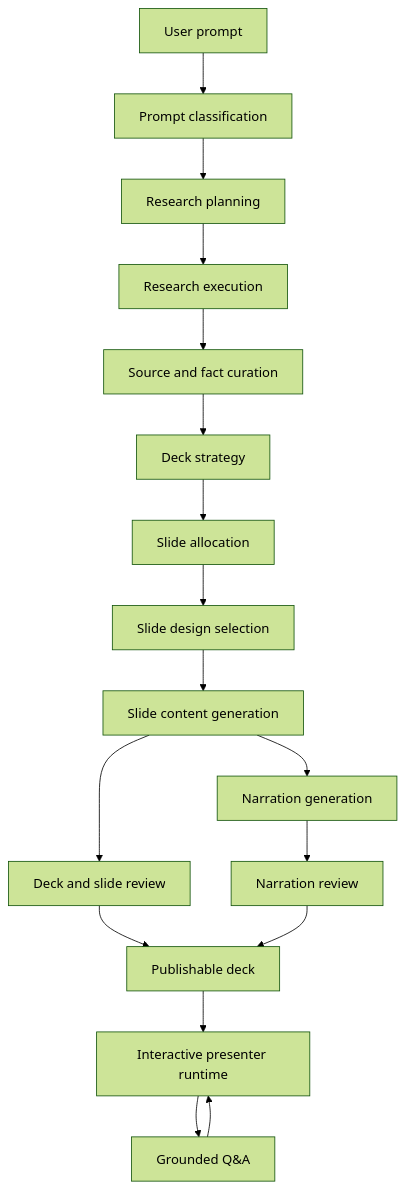
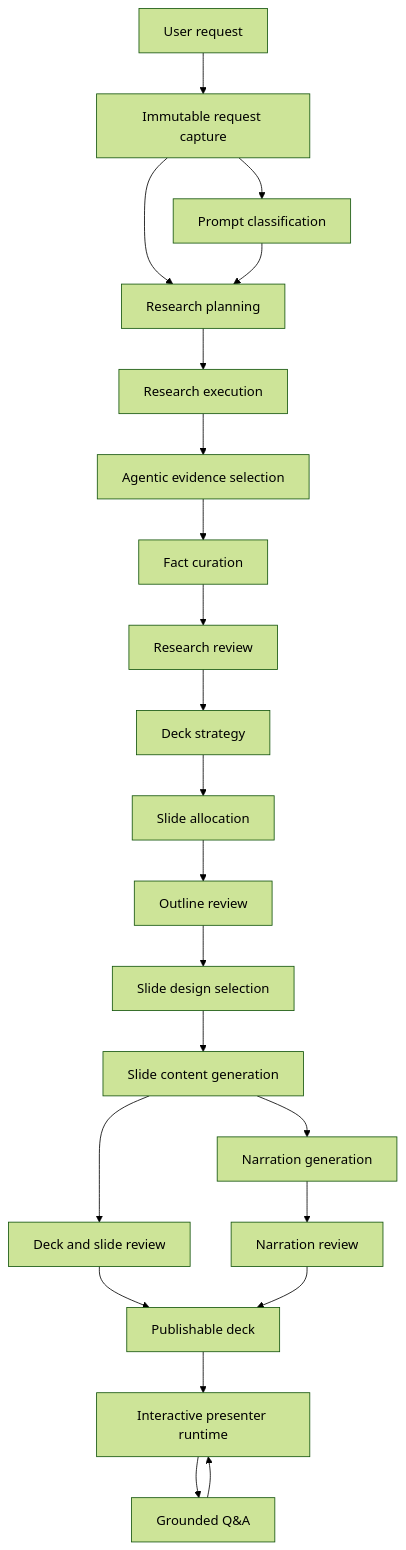
The diagram in docs/generation-pipeline-v2.md (Jawbreaker1/slidespeech), drawn with Mermaid (forest theme) before and after one commit. The commit also changed other lines of this file and 197 other files, not shown here.

````diff
--- a/docs/generation-pipeline-v2.md
+++ b/docs/generation-pipeline-v2.md
@@ -127,19 +301,24 @@
 ```mermaid
 flowchart TD
-  A["User prompt"] --> B["Prompt classification"]
-  B --> C["Research planning"]
+  A["User request"] --> R["Immutable request capture"]
+  R --> B["Prompt classification"]
+  R --> C["Research planning"]
+  B --> C
   C --> D["Research execution"]
-  D --> E["Source and fact curation"]
-  E --> F["Deck strategy"]
+  D --> S["Agentic evidence selection"]
+  S --> E["Fact curation"]
+  E --> Q["Research review"]
+  Q --> F["Deck strategy"]
   F --> G["Slide allocation"]
-  G --> H["Slide design selection"]
+  G --> OR["Outline review"]
+  OR --> H["Slide design selection"]
   H --> I["Slide content generation"]
   I --> J["Narration generation"]
   I --> K["Deck and slide review"]
   J --> L["Narration review"]
   K --> M["Publishable deck"]
   L --> M
   M --> N["Interactive presenter runtime"]
   N --> O["Grounded Q&A"]
   O --> N
 ```
````
